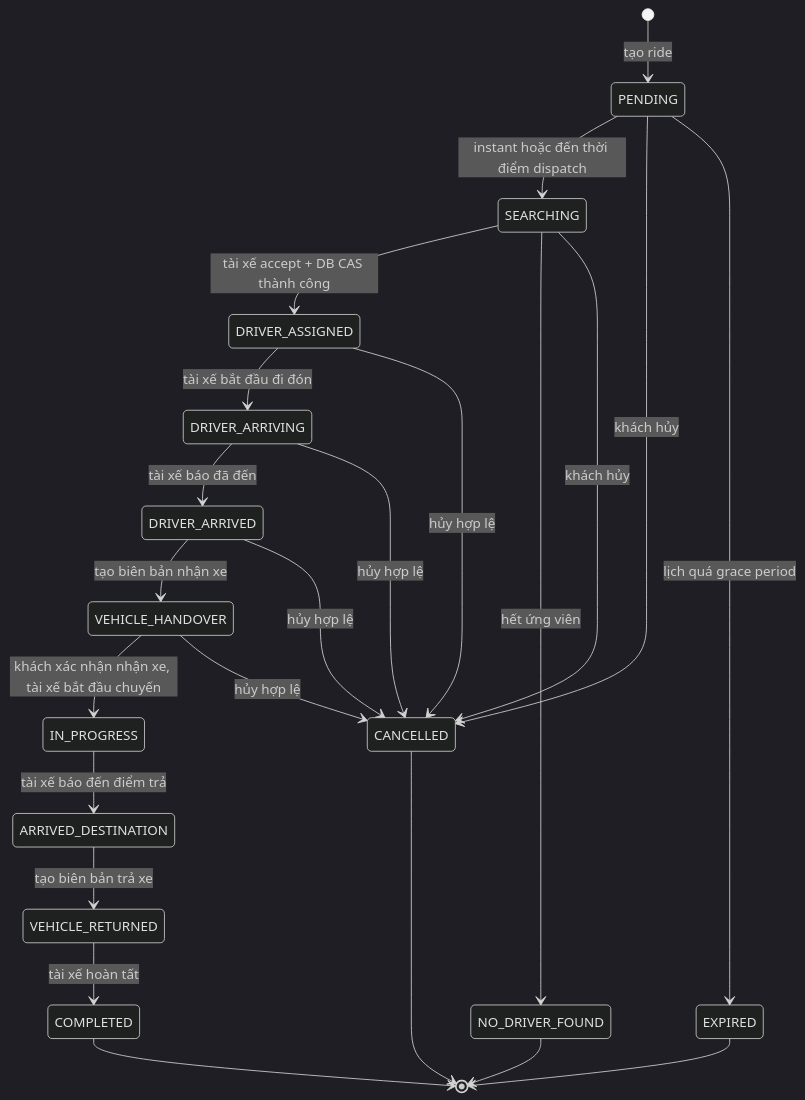
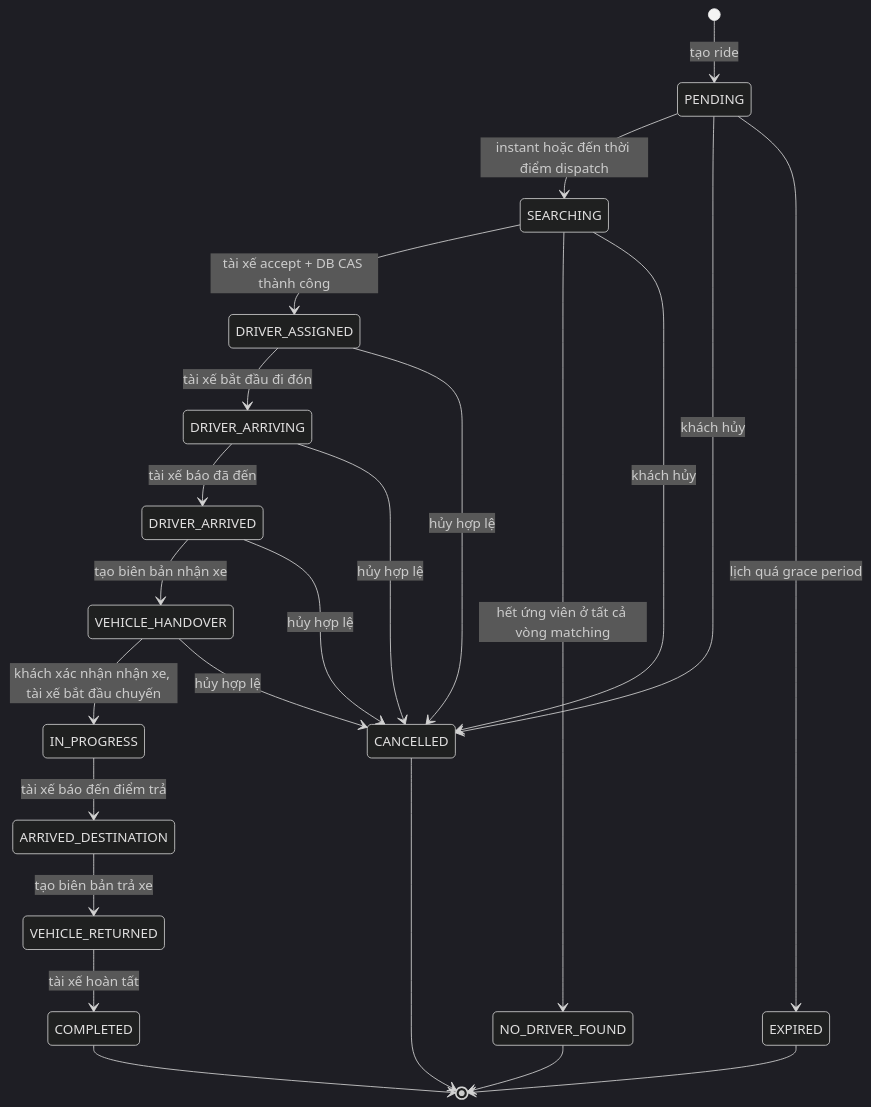
One commit to quyennv1912ptit/app_dat_xe_backend changed the third of 5 diagrams in README.md. Above: the diagram before and after it, drawn with Mermaid (dark theme). The commit also changed other lines of this file and 1 other file, not shown here.

Commit message:
sửa luồng matching trong README.md

````diff
--- a/README.md
+++ b/README.md
@@ -133,25 +133,25 @@
 ```mermaid
 stateDiagram-v2
     [*] --> PENDING: tạo ride
     PENDING --> SEARCHING: instant hoặc đến thời điểm dispatch
     PENDING --> CANCELLED: khách hủy
     PENDING --> EXPIRED: lịch quá grace period
     SEARCHING --> DRIVER_ASSIGNED: tài xế accept + DB CAS thành công
-    SEARCHING --> NO_DRIVER_FOUND: hết ứng viên
+    SEARCHING --> NO_DRIVER_FOUND: hết ứng viên ở tất cả vòng matching
     SEARCHING --> CANCELLED: khách hủy
     DRIVER_ASSIGNED --> DRIVER_ARRIVING: tài xế bắt đầu đi đón
     DRIVER_ASSIGNED --> CANCELLED: hủy hợp lệ
     DRIVER_ARRIVING --> DRIVER_ARRIVED: tài xế báo đã đến
     DRIVER_ARRIVING --> CANCELLED: hủy hợp lệ
     DRIVER_ARRIVED --> VEHICLE_HANDOVER: tạo biên bản nhận xe
     DRIVER_ARRIVED --> CANCELLED: hủy hợp lệ
     VEHICLE_HANDOVER --> IN_PROGRESS: khách xác nhận nhận xe, tài xế bắt đầu chuyến
     VEHICLE_HANDOVER --> CANCELLED: hủy hợp lệ
     IN_PROGRESS --> ARRIVED_DESTINATION: tài xế báo đến điểm trả
     ARRIVED_DESTINATION --> VEHICLE_RETURNED: tạo biên bản trả xe
     VEHICLE_RETURNED --> COMPLETED: tài xế hoàn tất
     CANCELLED --> [*]
     EXPIRED --> [*]
     NO_DRIVER_FOUND --> [*]
     COMPLETED --> [*]
 ```
````
